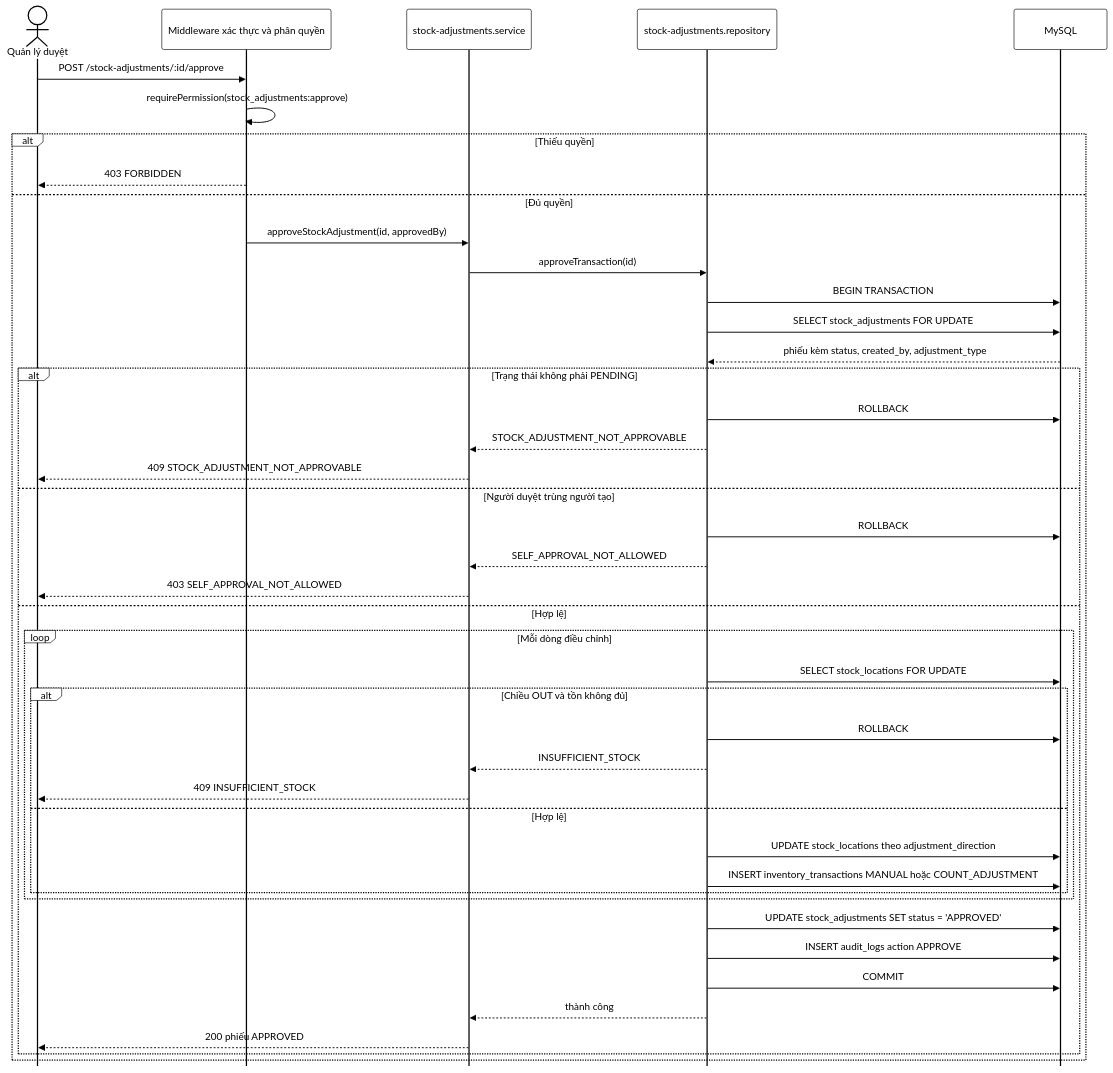
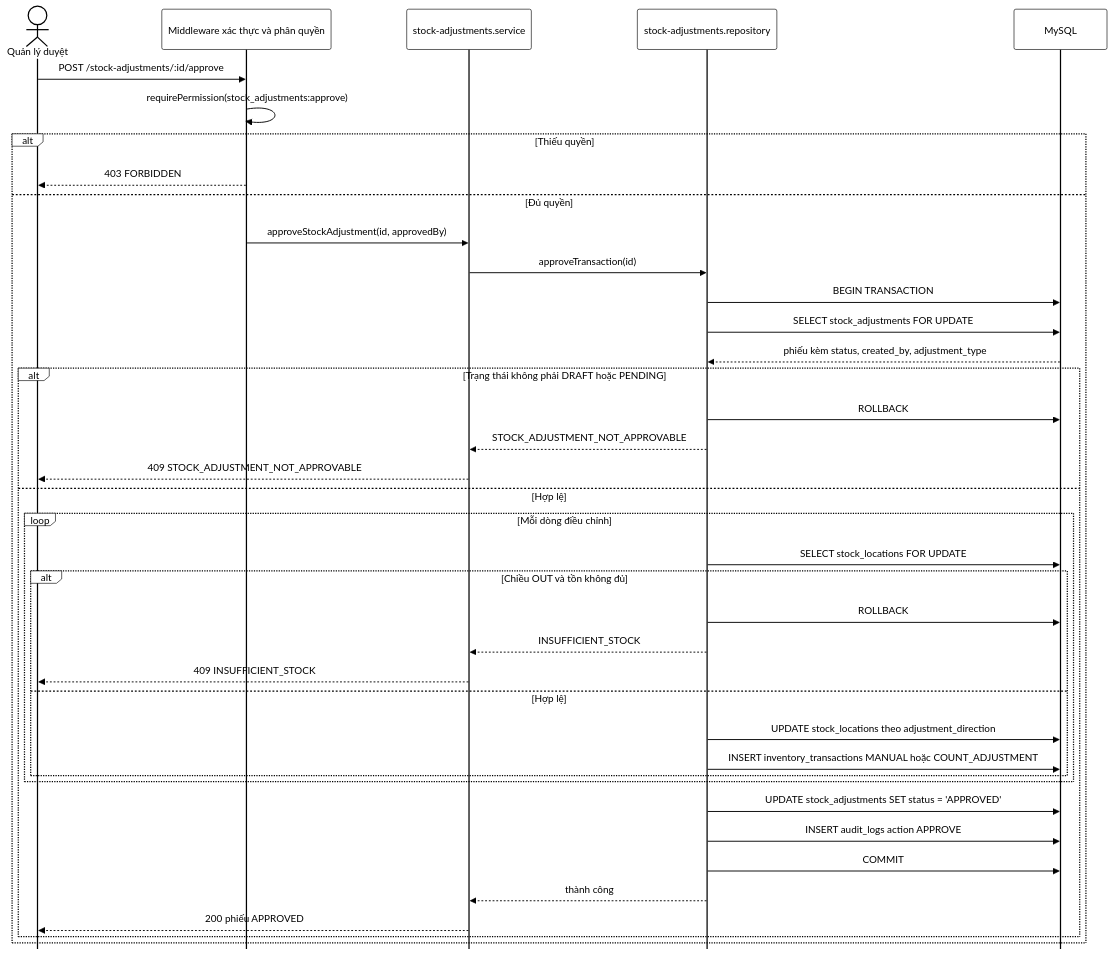
One commit to nguyenthihongnhu-dotcom/luanvan2026 changed the diagram in docs/diagrams/24_3-2-2_sequence-4-duyet-phieu-dieu-chinh-ton_sequence.mmd. Above: the diagram before and after it, drawn with Mermaid. The commit also changed 22 other files, not shown here.

```diff
--- a/docs/diagrams/24_3-2-2_sequence-4-duyet-phieu-dieu-chinh-ton_sequence.mmd
+++ b/docs/diagrams/24_3-2-2_sequence-4-duyet-phieu-dieu-chinh-ton_sequence.mmd
@@ -1,83 +1,79 @@
 %%{init: {
   'theme': 'base',
   'themeVariables': {
     'primaryColor': '#ffffff',
     'primaryBorderColor': '#000000',
     'primaryTextColor': '#000000',
     'secondaryColor': '#ffffff',
     'secondaryBorderColor': '#000000',
     'secondaryTextColor': '#000000',
     'tertiaryColor': '#ffffff',
     'tertiaryBorderColor': '#000000',
     'tertiaryTextColor': '#000000',
     'lineColor': '#000000',
     'textColor': '#000000',
     'mainBkg': '#ffffff',
     'nodeBorder': '#000000',
     'clusterBkg': '#ffffff',
     'clusterBorder': '#000000',
     'edgeLabelBackground': '#ffffff',
     'fontSize': '14px',
     'actorBkg': '#ffffff',
     'actorBorder': '#000000',
     'actorTextColor': '#000000',
     'actorLineColor': '#000000',
     'signalColor': '#000000',
     'signalTextColor': '#000000',
     'labelBoxBkgColor': '#ffffff',
     'labelBoxBorderColor': '#000000',
     'labelTextColor': '#000000',
     'loopTextColor': '#000000',
     'noteBkgColor': '#ffffff',
     'noteBorderColor': '#000000',
     'noteTextColor': '#000000',
     'activationBkgColor': '#ffffff',
     'activationBorderColor': '#000000',
     'altBackground': '#ffffff'
   },
   'sequence': { 'mirrorActors': false, 'messageMargin': 40, 'boxMargin': 10, 'useMaxWidth': false }
 }}%%
 sequenceDiagram
     actor M as Quản lý duyệt
     participant MW as Middleware xác thực và phân quyền
     participant S as stock-adjustments.service
     participant Repo as stock-adjustments.repository
     participant DB as MySQL
 
     M->>MW: POST /stock-adjustments/:id/approve
     MW->>MW: requirePermission(stock_adjustments:approve)
     alt Thiếu quyền
         MW-->>M: 403 FORBIDDEN
     else Đủ quyền
         MW->>S: approveStockAdjustment(id, approvedBy)
         S->>Repo: approveTransaction(id)
         Repo->>DB: BEGIN TRANSACTION
         Repo->>DB: SELECT stock_adjustments FOR UPDATE
         DB-->>Repo: phiếu kèm status, created_by, adjustment_type
-        alt Trạng thái không phải PENDING
+        alt Trạng thái không phải DRAFT hoặc PENDING
             Repo->>DB: ROLLBACK
             Repo-->>S: STOCK_ADJUSTMENT_NOT_APPROVABLE
             S-->>M: 409 STOCK_ADJUSTMENT_NOT_APPROVABLE
-        else Người duyệt trùng người tạo
-            Repo->>DB: ROLLBACK
-            Repo-->>S: SELF_APPROVAL_NOT_ALLOWED
-            S-->>M: 403 SELF_APPROVAL_NOT_ALLOWED
         else Hợp lệ
             loop Mỗi dòng điều chỉnh
                 Repo->>DB: SELECT stock_locations FOR UPDATE
                 alt Chiều OUT và tồn không đủ
                     Repo->>DB: ROLLBACK
                     Repo-->>S: INSUFFICIENT_STOCK
                     S-->>M: 409 INSUFFICIENT_STOCK
                 else Hợp lệ
                     Repo->>DB: UPDATE stock_locations theo adjustment_direction
                     Repo->>DB: INSERT inventory_transactions MANUAL hoặc COUNT_ADJUSTMENT
                 end
             end
             Repo->>DB: UPDATE stock_adjustments SET status = 'APPROVED'
             Repo->>DB: INSERT audit_logs action APPROVE
             Repo->>DB: COMMIT
             Repo-->>S: thành công
             S-->>M: 200 phiếu APPROVED
         end
     end
```
